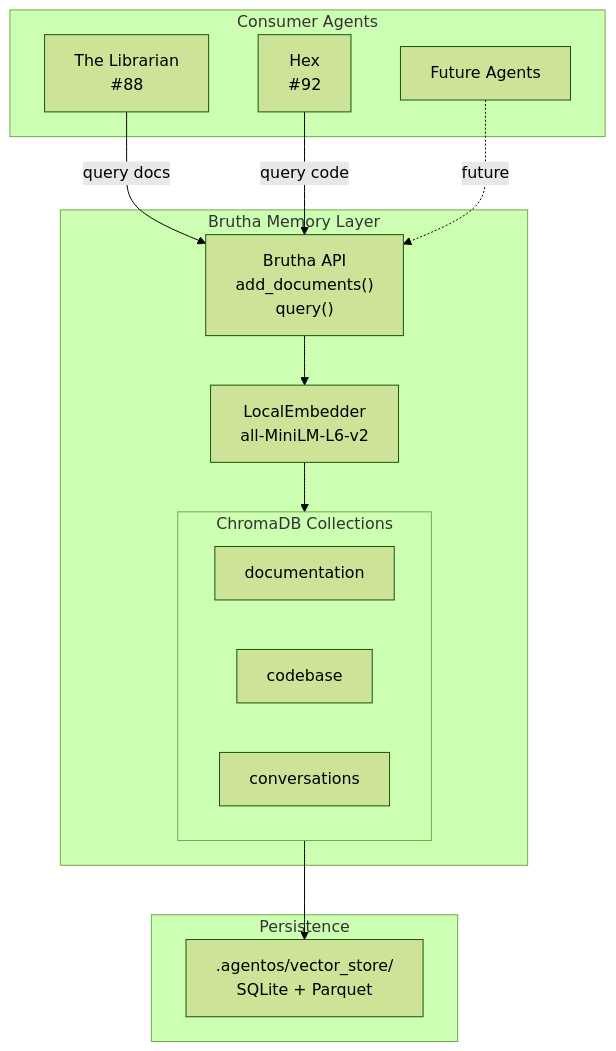
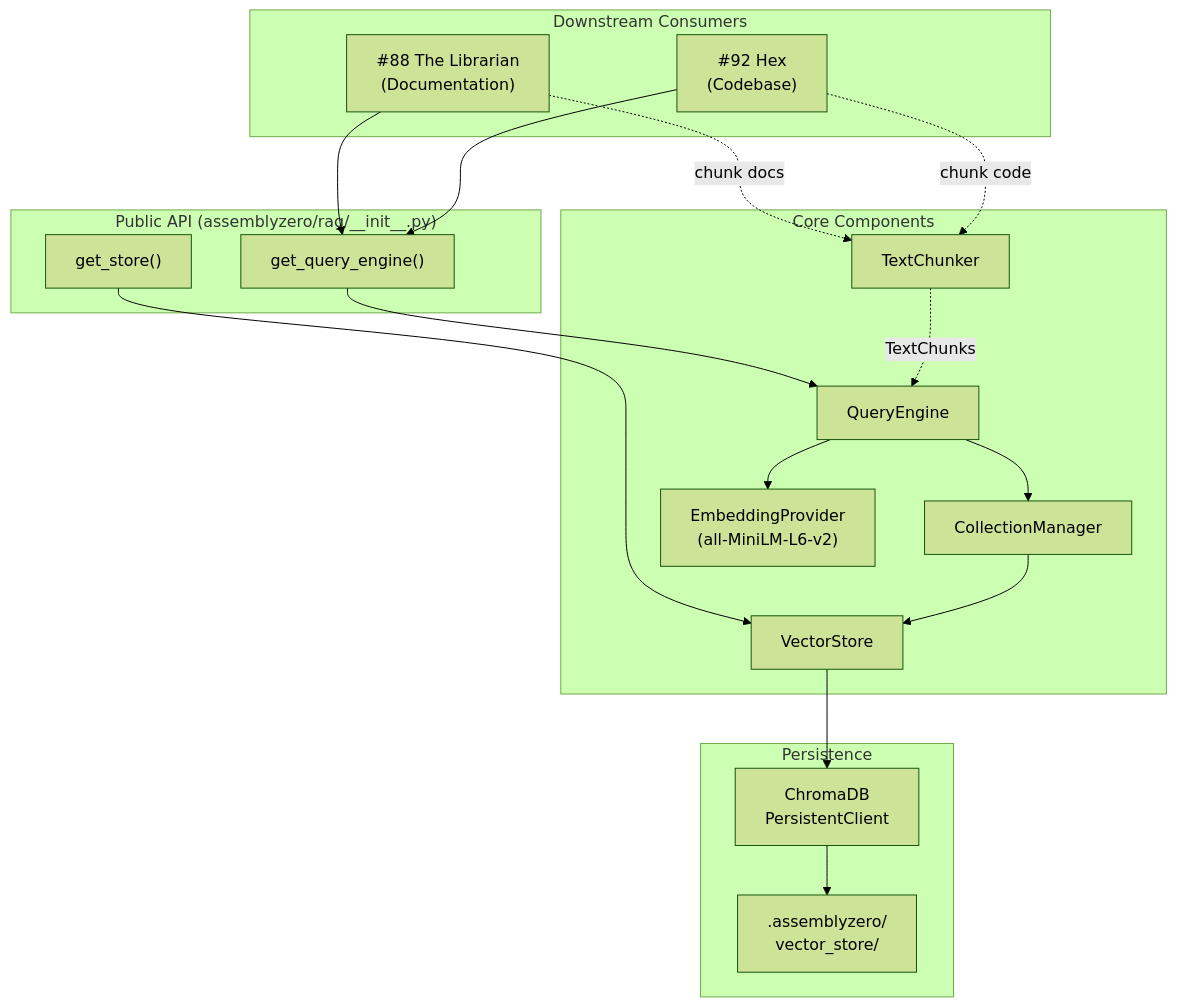
Before and after one commit to martymcenroe/AssemblyZero: the diagram in docs/lineage/active/113-lld/002-draft.md, drawn with Mermaid (forest theme). The commit also changed other lines of this file and 6 other files, not shown here.

````diff
--- a/docs/lineage/active/113-lld/002-draft.md
+++ b/docs/lineage/active/113-lld/002-draft.md
@@ -371,31 +582,40 @@
 ```mermaid
-flowchart TB
-    subgraph Consumers["Consumer Agents"]
-        L["The Librarian<br/>#88"]
-        H["Hex<br/>#92"]
-        F["Future Agents"]
+graph TD
+    subgraph Consumers["Downstream Consumers"]
+        LIB["#88 The Librarian<br/>(Documentation)"]
+        HEX["#92 Hex<br/>(Codebase)"]
     end
 
-    subgraph Brutha["Brutha Memory Layer"]
-        API["Brutha API<br/>add_documents()<br/>query()"]
-        EMB["LocalEmbedder<br/>all-MiniLM-L6-v2"]
-        
-        subgraph Collections["ChromaDB Collections"]
-            DOC["documentation"]
-            CODE["codebase"]
-            CONV["conversations"]
-        end
+    subgraph PublicAPI["Public API (assemblyzero/rag/__init__.py)"]
+        GQE["get_query_engine()"]
+        GS["get_store()"]
+    end
+
+    subgraph Core["Core Components"]
+        QE["QueryEngine"]
+        CM["CollectionManager"]
+        EP["EmbeddingProvider<br/>(all-MiniLM-L6-v2)"]
+        TC["TextChunker"]
+        VS["VectorStore"]
     end
 
     subgraph Storage["Persistence"]
-        DB[".agentos/vector_store/<br/>SQLite + Parquet"]
+        CDB["ChromaDB<br/>PersistentClient"]
+        DISK[".assemblyzero/<br/>vector_store/"]
     end
 
-    L -->|"query docs"| API
-    H -->|"query code"| API
-    F -.->|"future"| API
-    
-    API --> EMB
-    EMB --> Collections
-    Collections --> DB
+    LIB --> GQE
+    HEX --> GQE
+    GQE --> QE
+    GS --> VS
+
+    QE --> CM
+    QE --> EP
+    CM --> VS
+    VS --> CDB
+    CDB --> DISK
+
+    LIB -.->|"chunk docs"| TC
+    HEX -.->|"chunk code"| TC
+    TC -.->|"TextChunks"| QE
 ```
````
